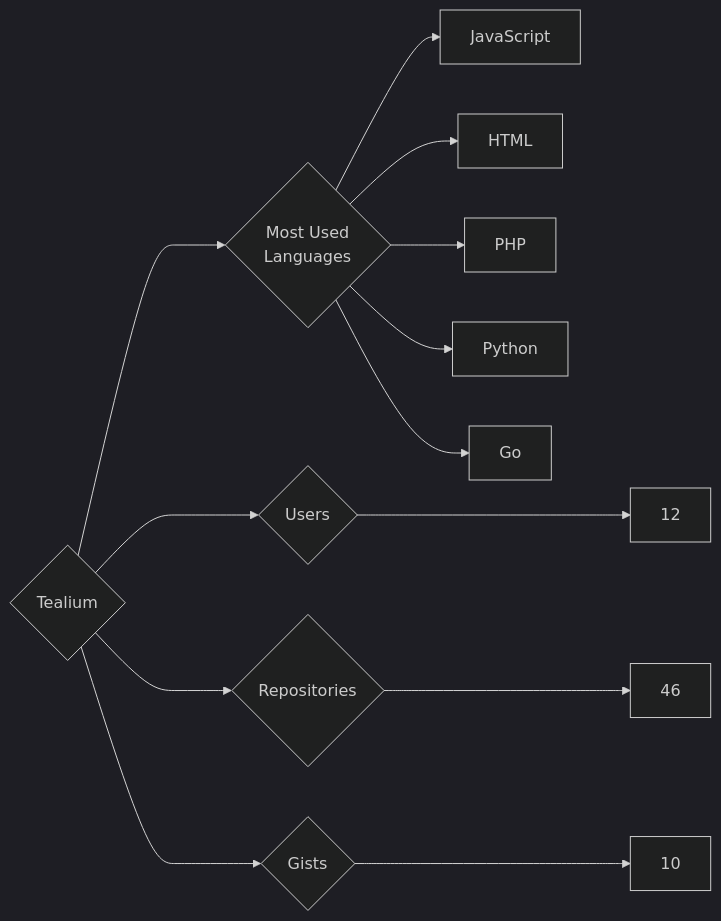
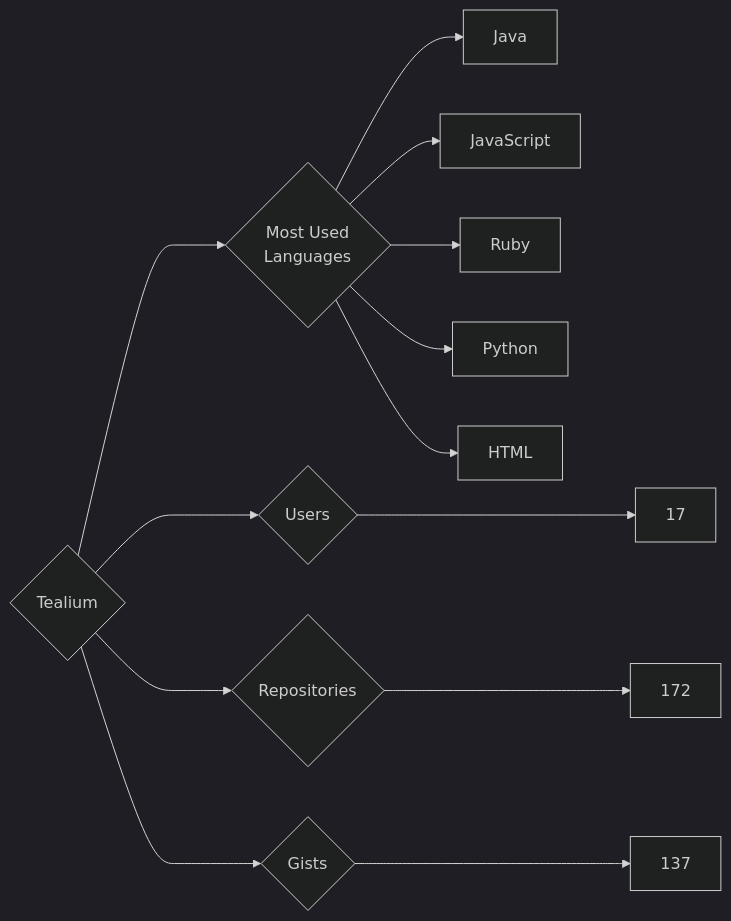
One commit to trickest/insiders changed the diagram in targets/Tealium/README.md. Above: the diagram before and after it, drawn with Mermaid (dark theme). The commit also changed 972 other files, not shown here.

````diff
--- a/targets/Tealium/README.md
+++ b/targets/Tealium/README.md
@@ -3,13 +3,13 @@
 ```mermaid
 graph LR
 COMPANY_NAME{Tealium}
-COMPANY_NAME ---> U{Users} ---> UN[12]
-COMPANY_NAME ---> R{Repositories} ---> RN[46]
-COMPANY_NAME ---> G{Gists} ---> GN[10]
+COMPANY_NAME ---> U{Users} ---> UN[17]
+COMPANY_NAME ---> R{Repositories} ---> RN[172]
+COMPANY_NAME ---> G{Gists} ---> GN[137]
 COMPANY_NAME ---> ML{Most Used<br>Languages}
+ML --> Java[Java]
 ML --> JavaScript[JavaScript]
+ML --> Ruby[Ruby]
+ML --> Python[Python]
 ML --> HTML[HTML]
-ML --> PHP[PHP]
-ML --> Python[Python]
-ML --> Go[Go]
 ```
````
